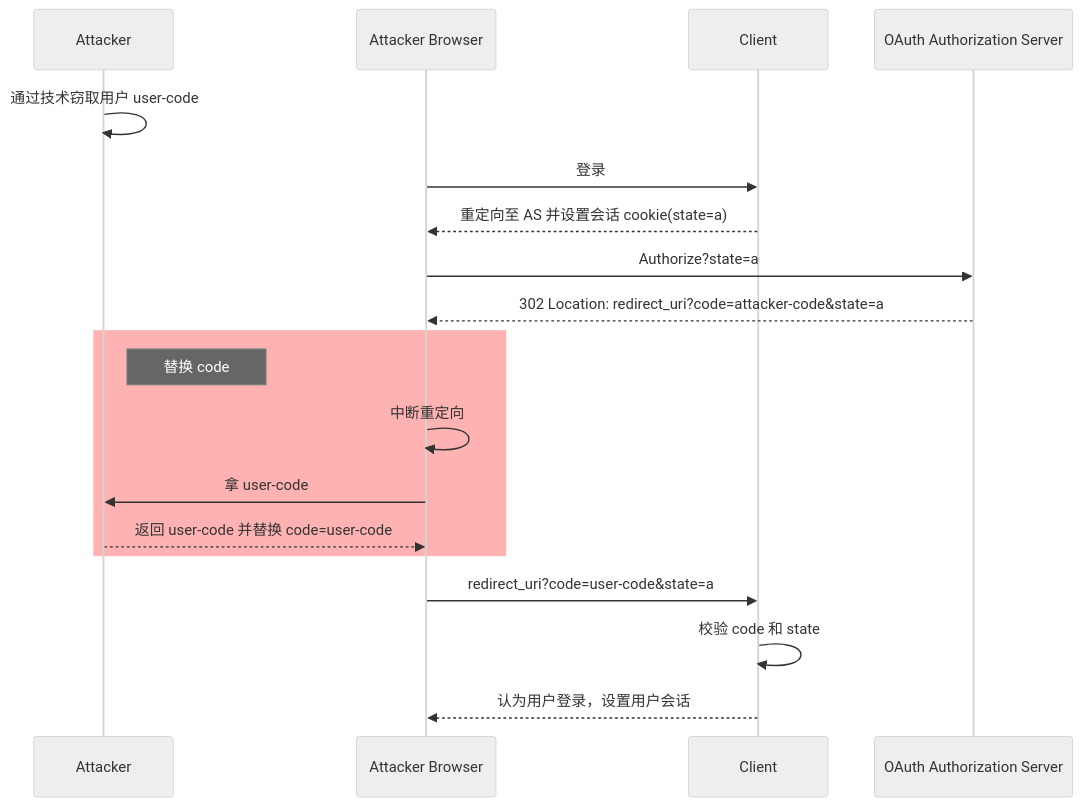
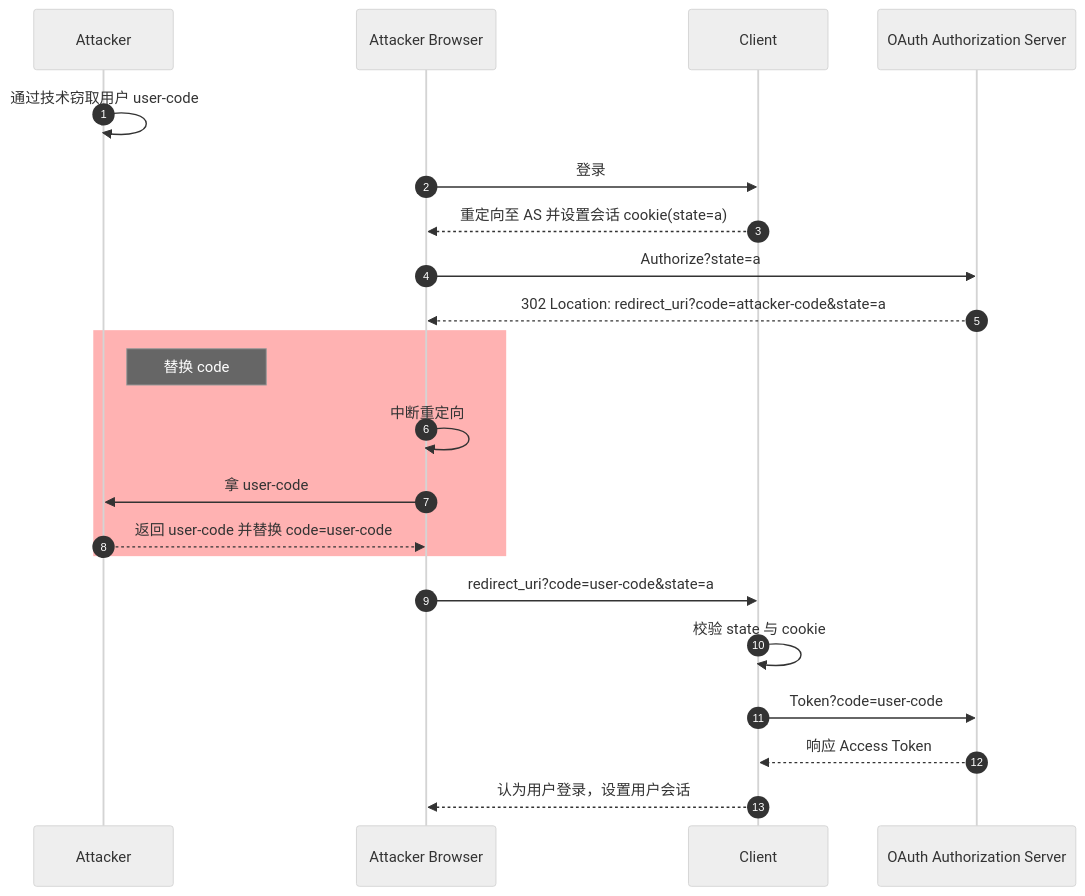
One commit to lsj9383/blog changed the first of 6 diagrams in posts/oauth-best-practice/readme.md. Above: the diagram before and after it, drawn with Mermaid (neutral theme). The commit also changed other lines of this file, not shown here.

````diff
--- a/posts/oauth-best-practice/readme.md
+++ b/posts/oauth-best-practice/readme.md
@@ -352,23 +352,26 @@
 ```mermaid
 sequenceDiagram
+autonumber
 
 participant attacker as Attacker
 participant attacker_browser as Attacker Browser
 participant client as Client
 participant authz_server as OAuth Authorization Server
 
 attacker ->> attacker: 通过技术窃取用户 user-code
 attacker_browser ->> client: 登录
 client -->> attacker_browser: 重定向至 AS 并设置会话 cookie(state=a)
 attacker_browser ->> authz_server: Authorize?state=a
 authz_server -->> attacker_browser: 302 Location: redirect_uri?code=attacker-code&state=a
 rect rgb(255, 0, 0, .3)
     Note right of attacker: 替换 code
     attacker_browser ->> attacker_browser: 中断重定向
     attacker_browser ->> attacker: 拿 user-code
     attacker -->> attacker_browser: 返回 user-code 并替换 code=user-code
 end
 attacker_browser ->> client: redirect_uri?code=user-code&state=a
-client ->> client: 校验 code 和 state
+client ->> client: 校验 state 与 cookie
+client ->> authz_server: Token?code=user-code
+authz_server -->> client: 响应 Access Token
 client -->> attacker_browser: 认为用户登录，设置用户会话
 ```
````
